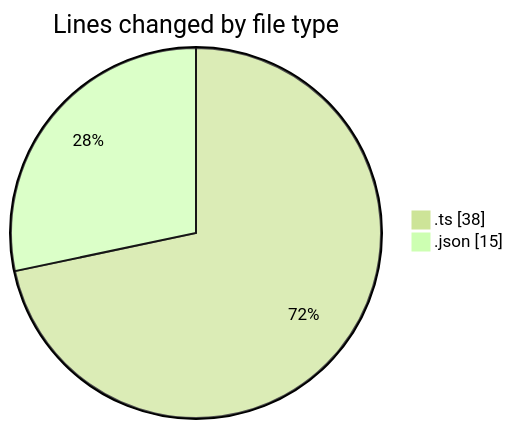
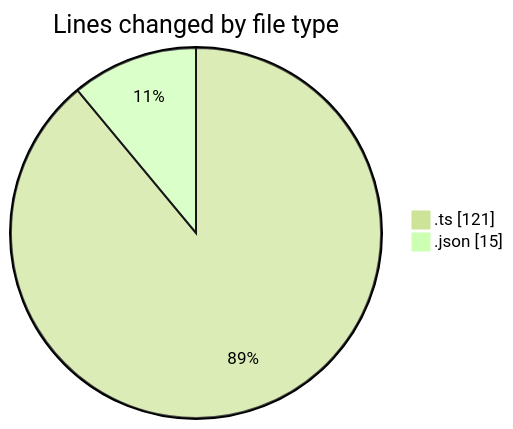
Before and after one commit to julien-gomy/code-tracking: the first of 2 diagrams in 2025-10-23/frontend-cms/README.md, drawn with Mermaid (forest theme). The commit also changed other lines of this file and 1 other file, not shown here.

````diff
--- a/2025-10-23/frontend-cms/README.md
+++ b/2025-10-23/frontend-cms/README.md
@@ -22,6 +23,6 @@
 ```mermaid
 pie showData
 title Lines changed by file type
-".ts" : 38
+".ts" : 121
 ".json" : 15
 ```
````
